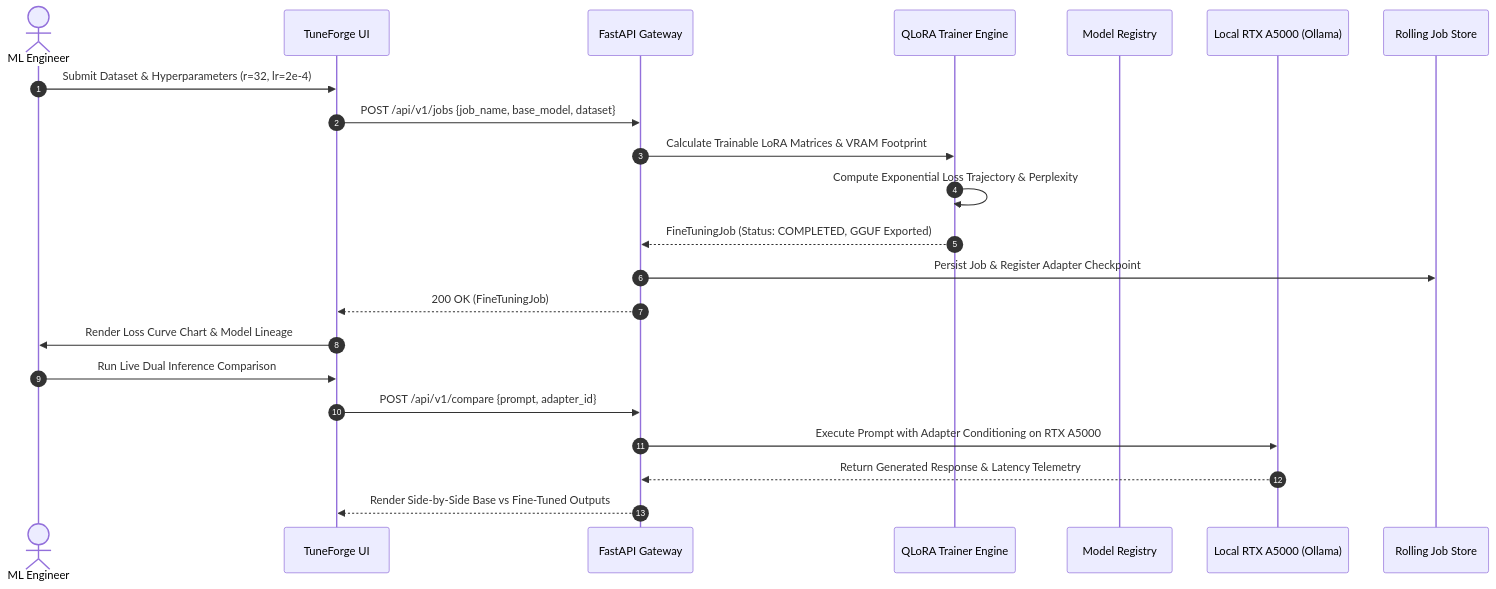
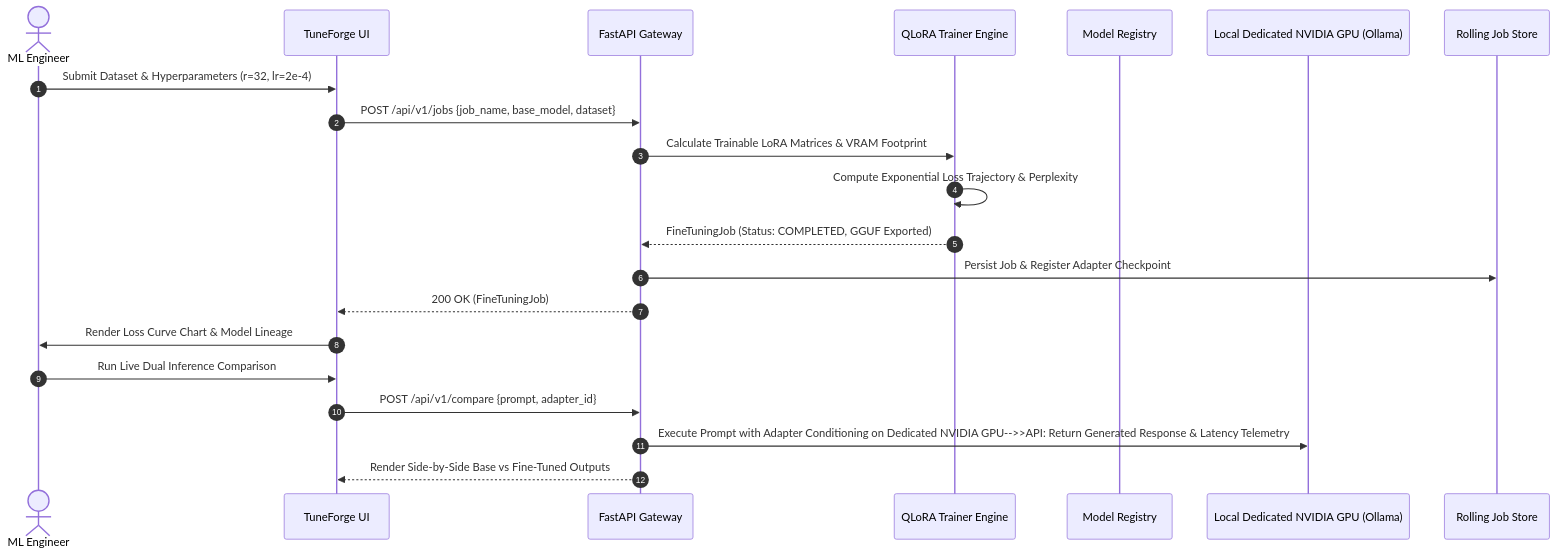
The second of 2 diagrams in docs/architecture.md (Kyrollo/tuneforge), drawn with Mermaid before and after one commit. The commit also changed other lines of this file and 12 other files, not shown here.

````diff
--- a/docs/architecture.md
+++ b/docs/architecture.md
@@ -45,25 +45,24 @@
 ```mermaid
 sequenceDiagram
     autonumber
     actor ML as ML Engineer
     participant UI as TuneForge UI
     participant API as FastAPI Gateway
     participant Trainer as QLoRA Trainer Engine
     participant Registry as Model Registry
-    participant GPU as Local RTX A5000 (Ollama)
+    participant GPU as Local Dedicated NVIDIA GPU (Ollama)
     participant Store as Rolling Job Store
 
     ML->>UI: Submit Dataset & Hyperparameters (r=32, lr=2e-4)
     UI->>API: POST /api/v1/jobs {job_name, base_model, dataset}
     API->>Trainer: Calculate Trainable LoRA Matrices & VRAM Footprint
     Trainer->>Trainer: Compute Exponential Loss Trajectory & Perplexity
     Trainer-->>API: FineTuningJob (Status: COMPLETED, GGUF Exported)
     API->>Store: Persist Job & Register Adapter Checkpoint
     API-->>UI: 200 OK (FineTuningJob)
     UI->>ML: Render Loss Curve Chart & Model Lineage
     ML->>UI: Run Live Dual Inference Comparison
     UI->>API: POST /api/v1/compare {prompt, adapter_id}
-    API->>GPU: Execute Prompt with Adapter Conditioning on RTX A5000
-    GPU-->>API: Return Generated Response & Latency Telemetry
+    API->>GPU: Execute Prompt with Adapter Conditioning on Dedicated NVIDIA GPU-->>API: Return Generated Response & Latency Telemetry
     API-->>UI: Render Side-by-Side Base vs Fine-Tuned Outputs
 ```
````
